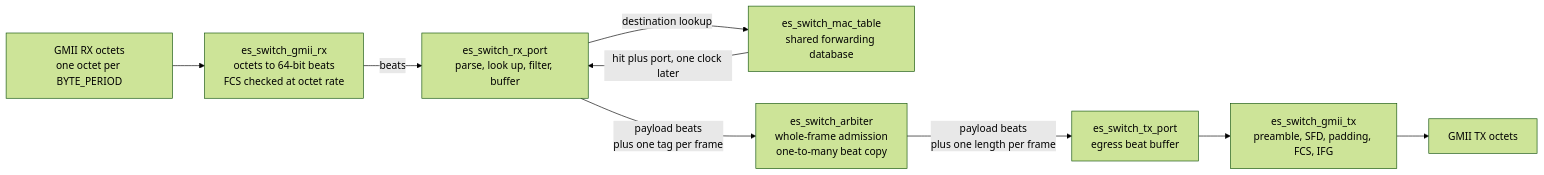
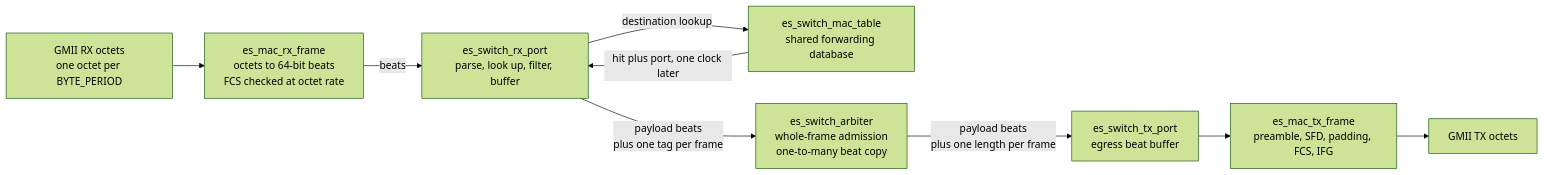
The second of 15 diagrams in README.md (cw1997/ethernet-switch), drawn with Mermaid (forest theme) before and after one commit. The commit also changed other lines of this file and 84 other files, not shown here.

````diff
--- a/README.md
+++ b/README.md
@@ -172,11 +175,11 @@
 ```mermaid
 flowchart LR
-    A["GMII RX octets<br/>one octet per BYTE_PERIOD"] --> B["es_switch_gmii_rx<br/>octets to 64-bit beats<br/>FCS checked at octet rate"]
+    A["GMII RX octets<br/>one octet per BYTE_PERIOD"] --> B["es_mac_rx_frame<br/>octets to 64-bit beats<br/>FCS checked at octet rate"]
     B -->|"beats"| C["es_switch_rx_port<br/>parse, look up, filter, buffer"]
     C -->|"destination lookup"| D["es_switch_mac_table<br/>shared forwarding database"]
     D -->|"hit plus port, one clock later"| C
     C -->|"payload beats<br/>plus one tag per frame"| E["es_switch_arbiter<br/>whole-frame admission<br/>one-to-many beat copy"]
     E -->|"payload beats<br/>plus one length per frame"| F["es_switch_tx_port<br/>egress beat buffer"]
-    F --> G["es_switch_gmii_tx<br/>preamble, SFD, padding, FCS, IFG"]
+    F --> G["es_mac_tx_frame<br/>preamble, SFD, padding, FCS, IFG"]
     G --> H["GMII TX octets"]
 ```
````
